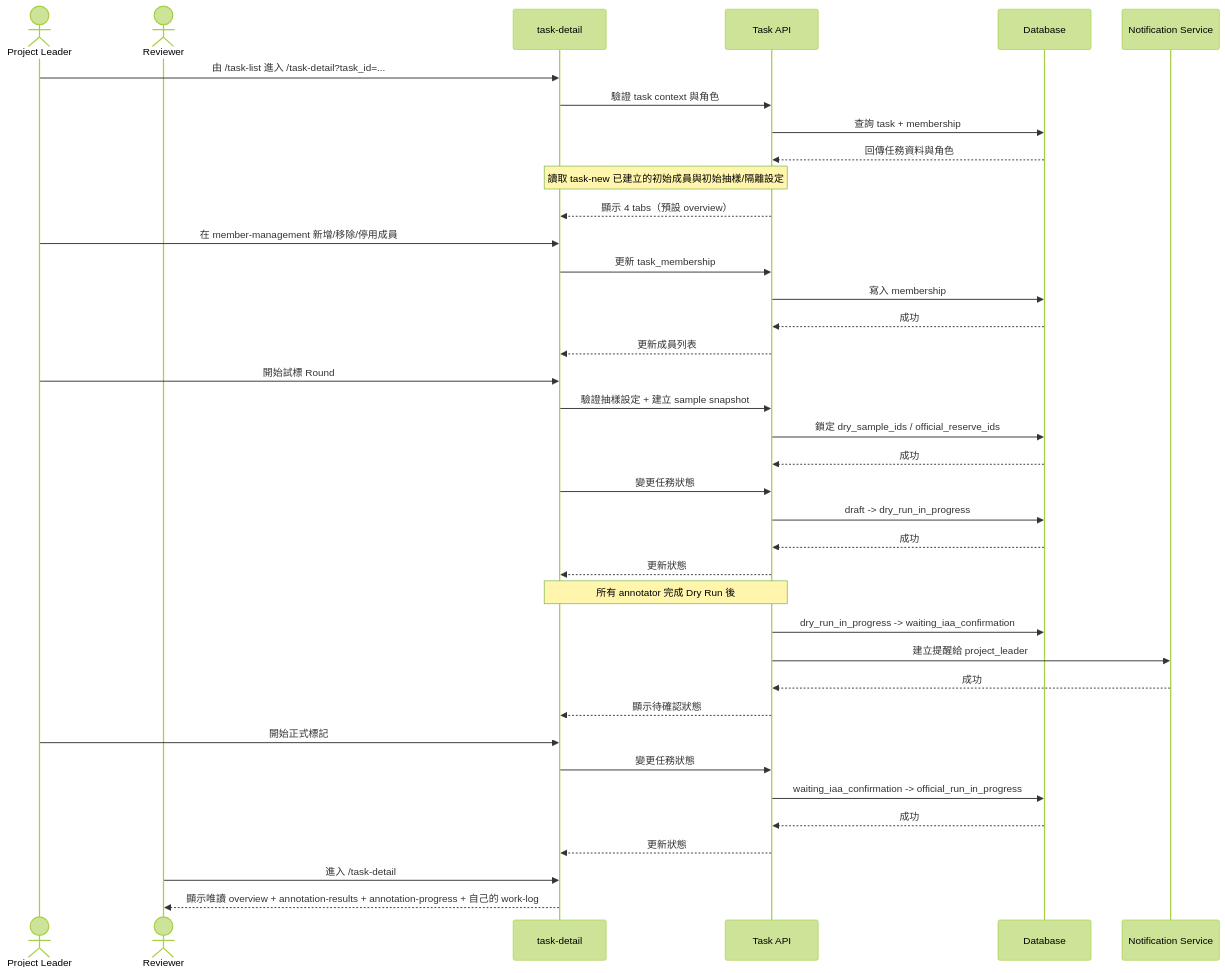
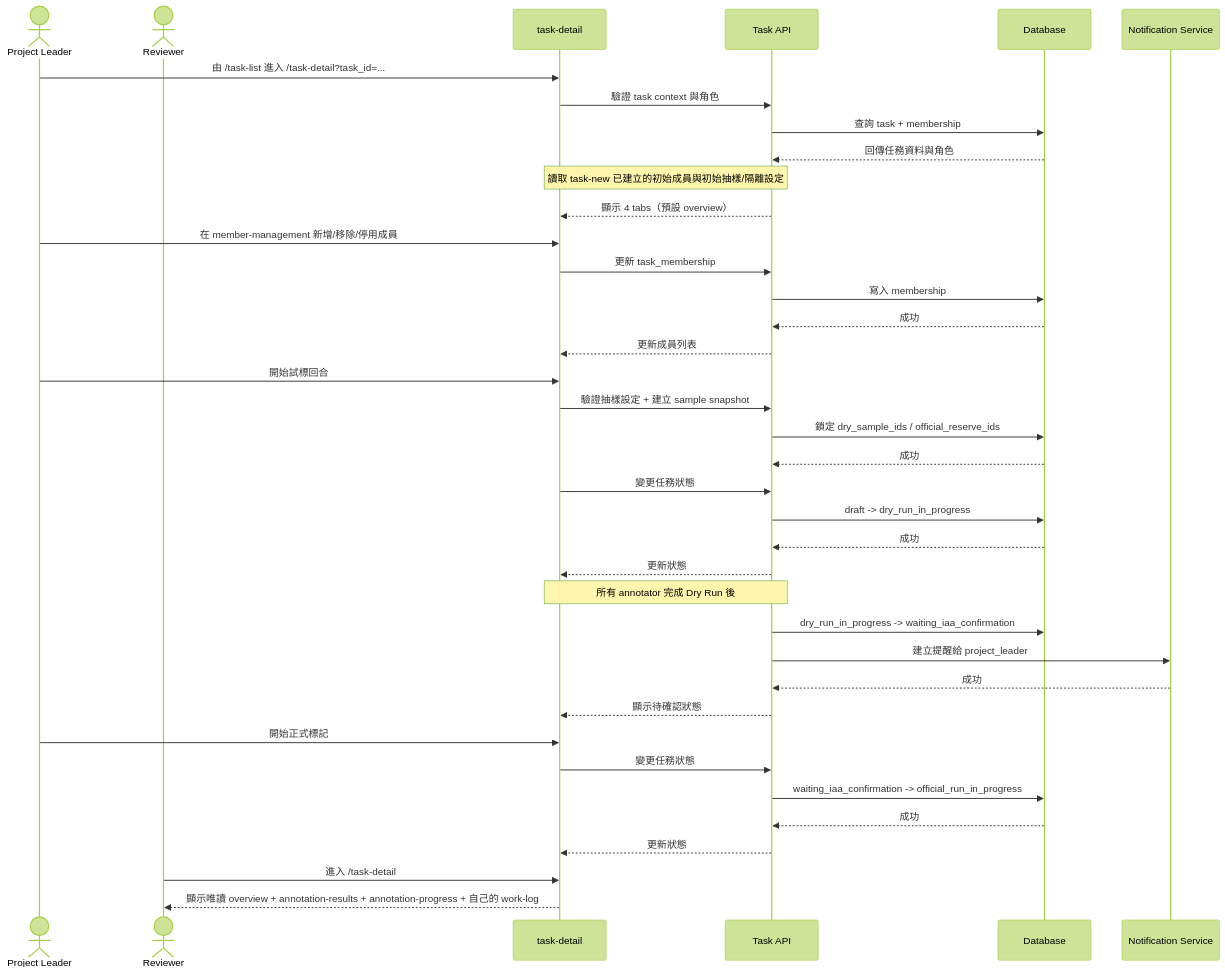
The first of 2 diagrams in specs/task-management/014-task-detail/spec.md (singyichen/label-suite), drawn with Mermaid (forest theme) before and after one commit. The commit also changed other lines of this file and 3 other files, not shown here.

````diff
--- a/specs/task-management/014-task-detail/spec.md
+++ b/specs/task-management/014-task-detail/spec.md
@@ -40,46 +40,46 @@
 ```mermaid
 sequenceDiagram
     actor PL as Project Leader
     actor RV as Reviewer
     participant UI as task-detail
     participant API as Task API
     participant DB as Database
     participant Notify as Notification Service
 
     PL->>UI: 由 /task-list 進入 /task-detail?task_id=...
     UI->>API: 驗證 task context 與角色
     API->>DB: 查詢 task + membership
     DB-->>API: 回傳任務資料與角色
     Note over UI,API: 讀取 task-new 已建立的初始成員與初始抽樣/隔離設定
     API-->>UI: 顯示 4 tabs（預設 overview）
 
     PL->>UI: 在 member-management 新增/移除/停用成員
     UI->>API: 更新 task_membership
     API->>DB: 寫入 membership
     DB-->>API: 成功
     API-->>UI: 更新成員列表
 
-    PL->>UI: 開始試標 Round
+    PL->>UI: 開始試標回合
     UI->>API: 驗證抽樣設定 + 建立 sample snapshot
     API->>DB: 鎖定 dry_sample_ids / official_reserve_ids
     DB-->>API: 成功
     UI->>API: 變更任務狀態
     API->>DB: draft -> dry_run_in_progress
     DB-->>API: 成功
     API-->>UI: 更新狀態
 
     Note over UI,API: 所有 annotator 完成 Dry Run 後
     API->>DB: dry_run_in_progress -> waiting_iaa_confirmation
     API->>Notify: 建立提醒給 project_leader
     Notify-->>API: 成功
     API-->>UI: 顯示待確認狀態
 
     PL->>UI: 開始正式標記
     UI->>API: 變更任務狀態
     API->>DB: waiting_iaa_confirmation -> official_run_in_progress
     DB-->>API: 成功
     API-->>UI: 更新狀態
 
     RV->>UI: 進入 /task-detail
     UI-->>RV: 顯示唯讀 overview + annotation-results + annotation-progress + 自己的 work-log
 ```
````
